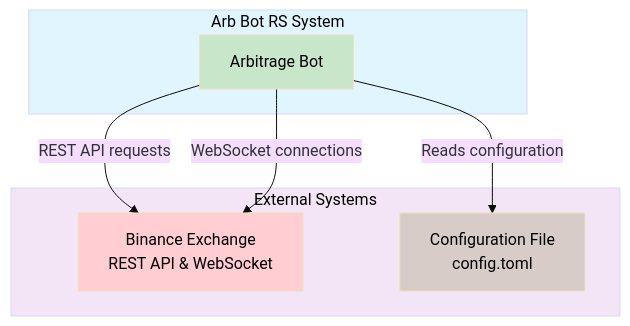
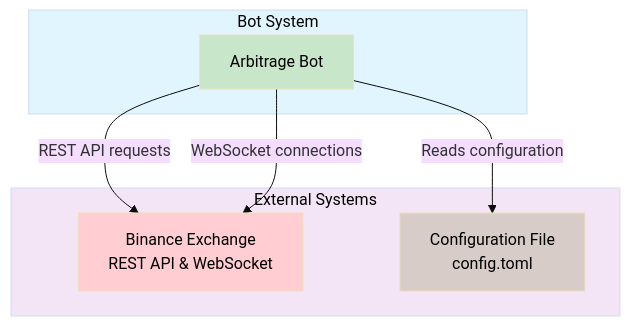
Before and after one commit to mkbeh/arb-bot-rs: the first of 6 diagrams in README.md, drawn with Mermaid (base theme). The commit also changed other lines of this file, not shown here.

````diff
--- a/README.md
+++ b/README.md
@@ -28,21 +28,21 @@
 ```mermaid
 flowchart TD
     subgraph ExternalSystems[External Systems]
         Binance[Binance Exchange<br/>REST API & WebSocket]
         ConfigFile[Configuration File<br/>config.toml]
     end
 
-    subgraph ArbBotRS[Arb Bot RS System]
+    subgraph ArbBotRS[Bot System]
         ArbitrageBot[Arbitrage Bot]
     end
 
     ArbitrageBot -->|REST API requests| Binance
     ArbitrageBot -->|WebSocket connections| Binance
     ArbitrageBot -->|Reads configuration| ConfigFile
 
     style ArbBotRS fill:#e1f5fe,color:#000000
     style ExternalSystems fill:#f3e5f5,color:#000000
     style ArbitrageBot fill:#c8e6c9,color:#000000
     style Binance fill:#ffcdd2,color:#000000
     style ConfigFile fill:#d7ccc8,color:#000000
 ```
````
